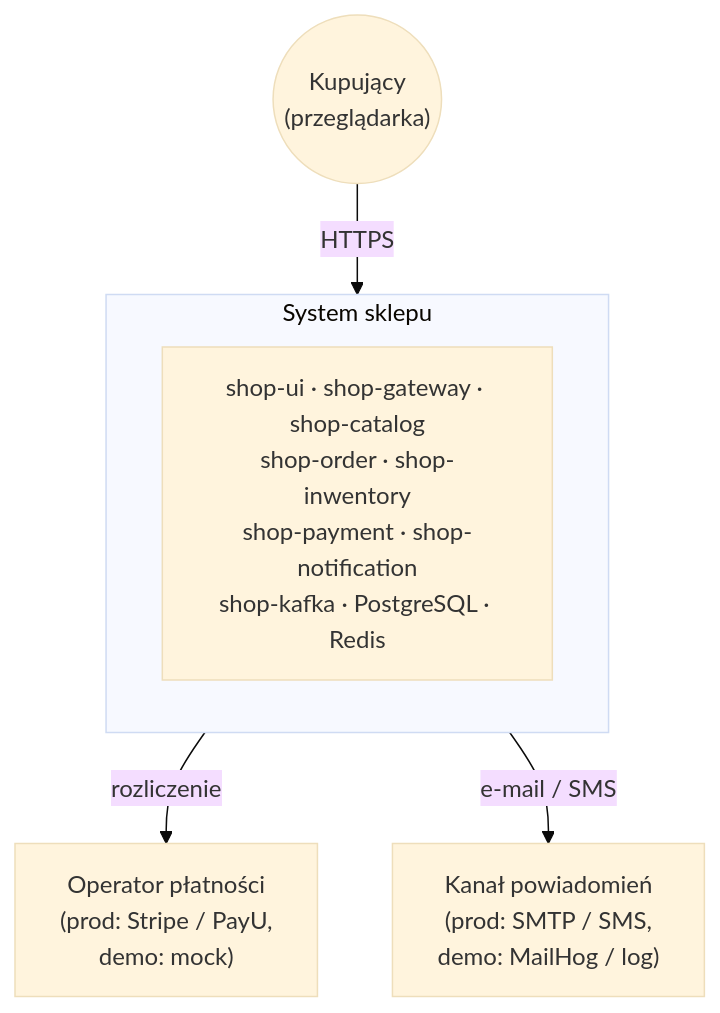
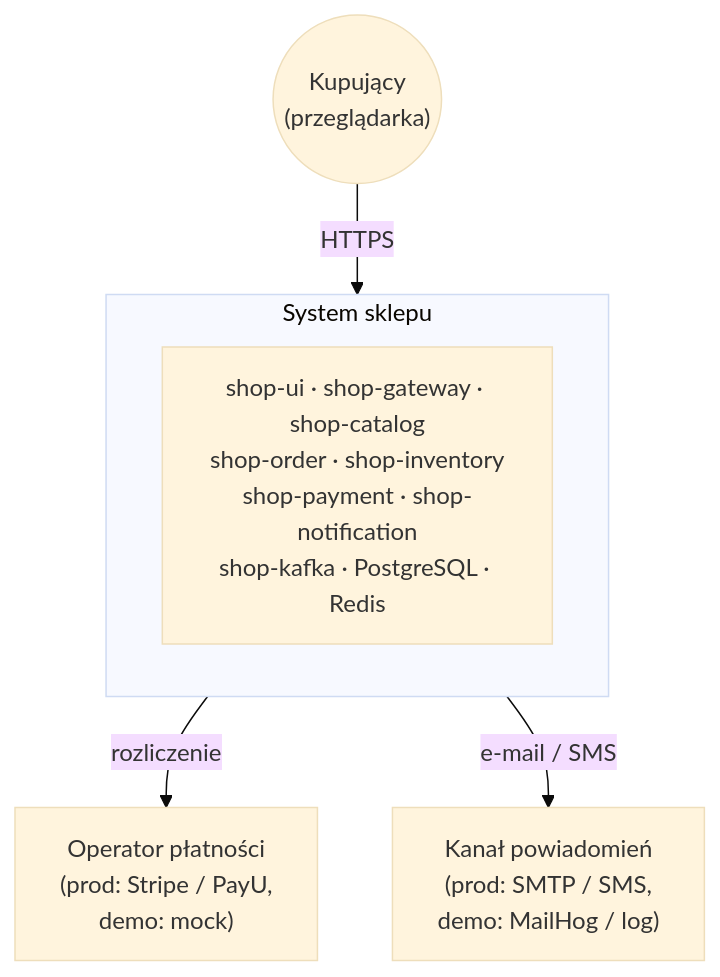
Before and after one commit to ai-bot-playground/shop-infra: the first of 6 diagrams in ARCHITECTURE.md, drawn with Mermaid (base theme). The commit also changed other lines of this file and 2 other files, not shown here.

Commit message:
Rename repo to shop-infra; update docs and compose for shop-inventory

````diff
--- a/ARCHITECTURE.md
+++ b/ARCHITECTURE.md
@@ -21,13 +21,13 @@
 ```mermaid
 graph TB
     buyer(("Kupujący<br/>(przeglądarka)"))
     subgraph sys["System sklepu"]
-        shop["shop-ui · shop-gateway · shop-catalog<br/>shop-order · shop-inwentory<br/>shop-payment · shop-notification<br/>shop-kafka · PostgreSQL · Redis"]
+        shop["shop-ui · shop-gateway · shop-catalog<br/>shop-order · shop-inventory<br/>shop-payment · shop-notification<br/>shop-kafka · PostgreSQL · Redis"]
     end
     psp["Operator płatności<br/>(prod: Stripe / PayU,<br/>demo: mock)"]
     mail["Kanał powiadomień<br/>(prod: SMTP / SMS,<br/>demo: MailHog / log)"]
 
     buyer -->|"HTTPS"| sys
     sys -->|"rozliczenie"| psp
     sys -->|"e-mail / SMS"| mail
 ```
````
